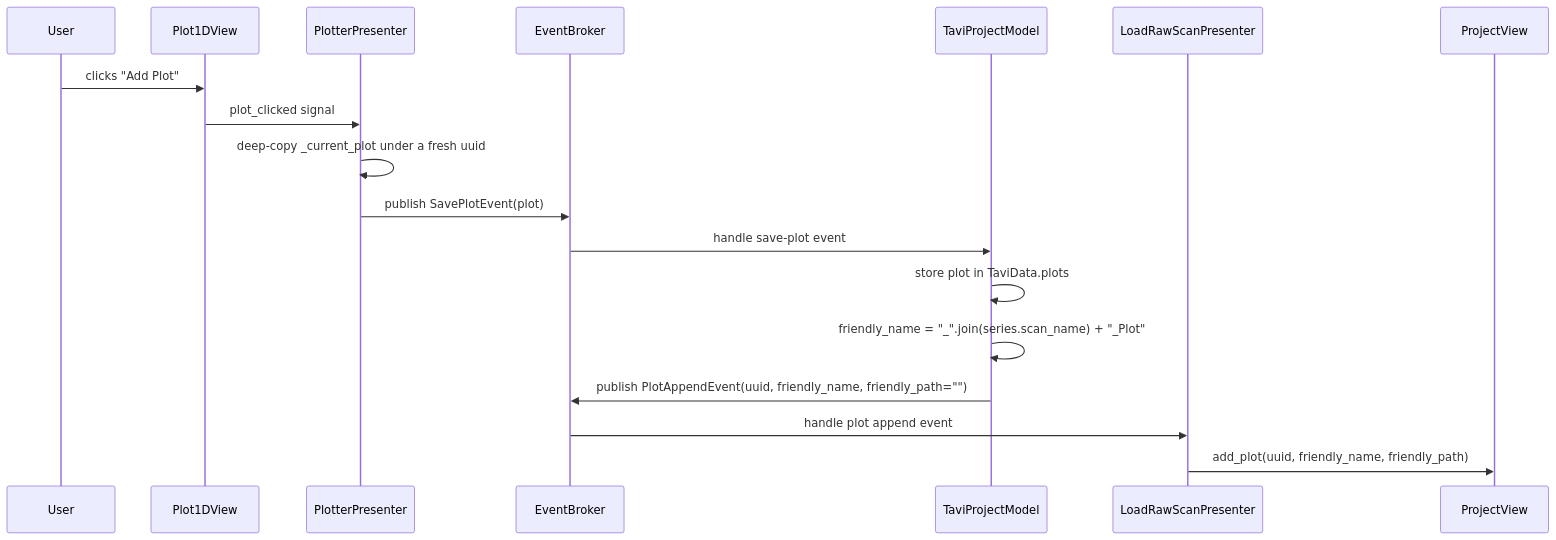
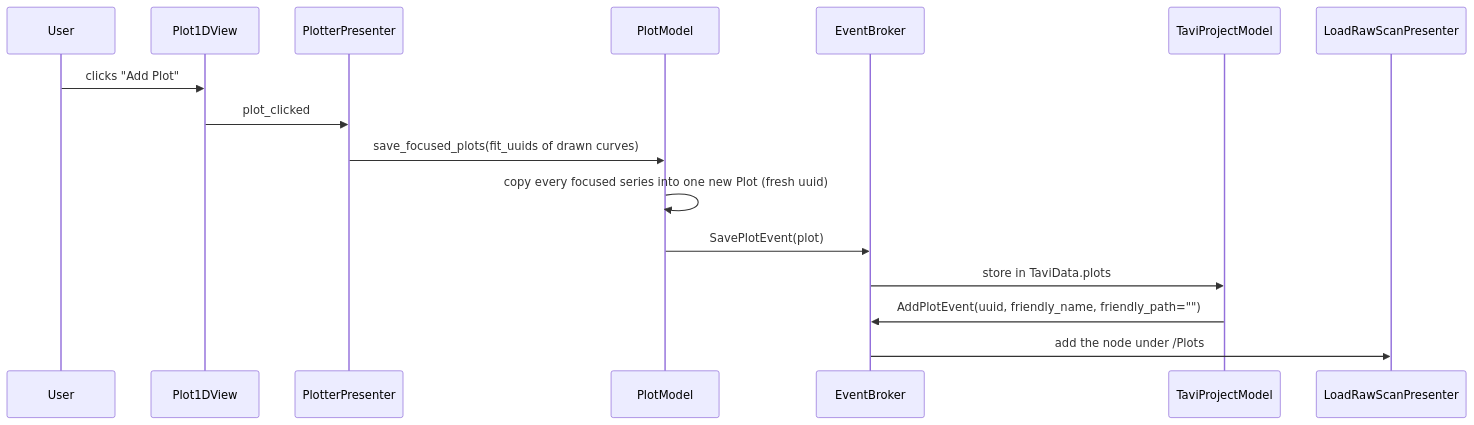
The fourth of 4 diagrams in docs/source/design/frontend/visualization_flow.rst (neutrons/TAVI), drawn with Mermaid before and after one commit. The commit also changed other lines of this file and 43 other files, not shown here.

```diff
--- a/docs/source/design/frontend/visualization_flow.rst
+++ b/docs/source/design/frontend/visualization_flow.rst
@@ -206,23 +224,19 @@
 .. mermaid::
 
     sequenceDiagram
         participant User
         participant Plot1DView
         participant PlotterPresenter
+        participant PlotModel
         participant EventBroker
         participant TaviProjectModel
         participant LoadRawScanPresenter
-        participant ProjectView
 
         User ->> Plot1DView: clicks "Add Plot"
-        Plot1DView ->> PlotterPresenter: plot_clicked signal
-        PlotterPresenter ->> PlotterPresenter: deep-copy _current_plot under a fresh uuid
-        PlotterPresenter ->> EventBroker: publish SavePlotEvent(plot)
-
-        EventBroker ->> TaviProjectModel: handle save-plot event
-        TaviProjectModel ->> TaviProjectModel: store plot in TaviData.plots
-        TaviProjectModel ->> TaviProjectModel: friendly_name = "_".join(series.scan_name) + "_Plot"
-        TaviProjectModel ->> EventBroker: publish PlotAppendEvent(uuid, friendly_name, friendly_path="")
-
-        EventBroker ->> LoadRawScanPresenter: handle plot append event
-        LoadRawScanPresenter ->> ProjectView: add_plot(uuid, friendly_name, friendly_path)
+        Plot1DView ->> PlotterPresenter: plot_clicked
+        PlotterPresenter ->> PlotModel: save_focused_plots(fit_uuids of drawn curves)
+        PlotModel ->> PlotModel: copy every focused series into one new Plot (fresh uuid)
+        PlotModel ->> EventBroker: SavePlotEvent(plot)
+        EventBroker ->> TaviProjectModel: store in TaviData.plots
+        TaviProjectModel ->> EventBroker: AddPlotEvent(uuid, friendly_name, friendly_path="")
+        EventBroker ->> LoadRawScanPresenter: add the node under /Plots
```
